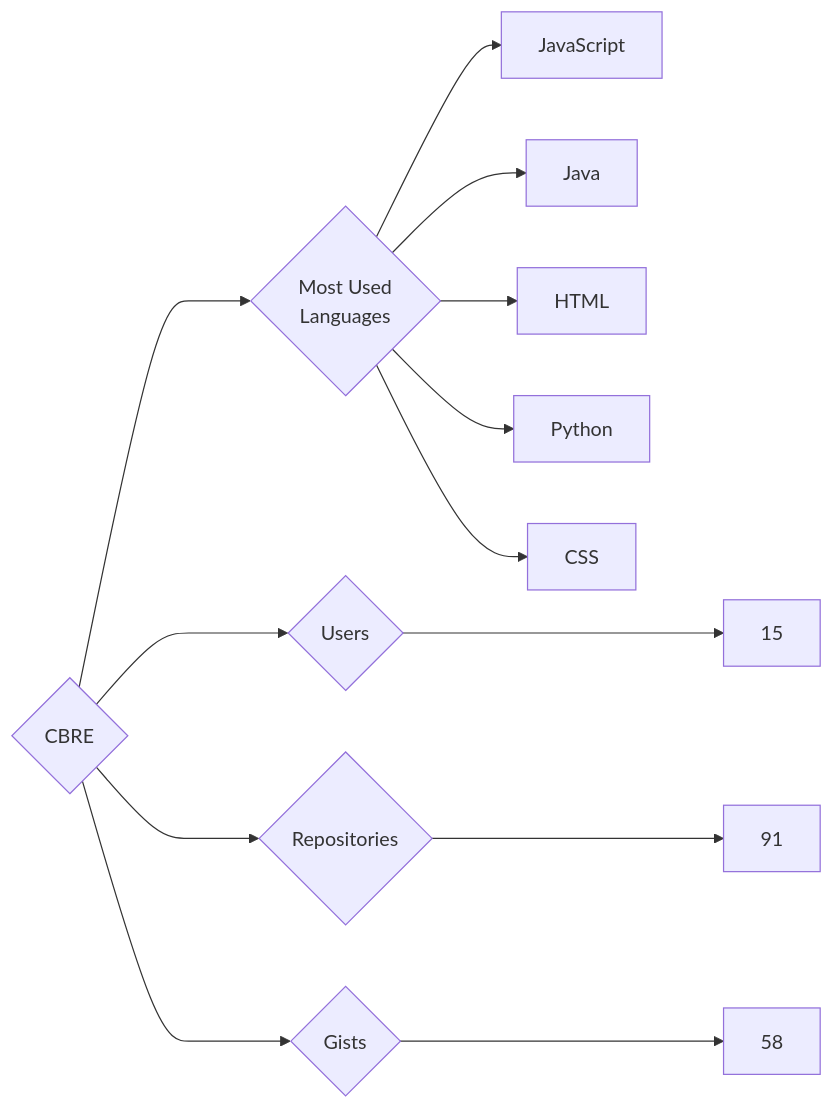
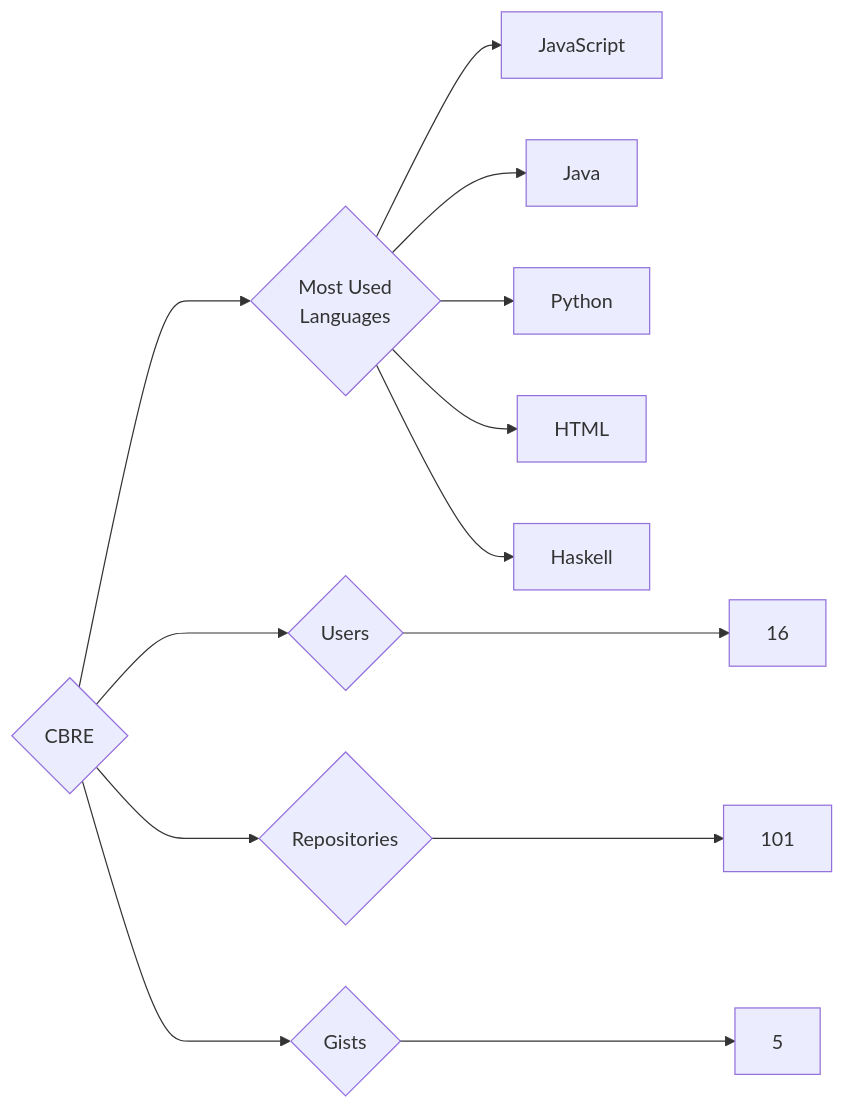
One commit to trickest/insiders changed the diagram in targets/CBRE/README.md. Above: the diagram before and after it, drawn with Mermaid. The commit also changed 777 other files, not shown here.

````diff
--- a/targets/CBRE/README.md
+++ b/targets/CBRE/README.md
@@ -3,13 +3,13 @@
 ```mermaid
 graph LR
 COMPANY_NAME{CBRE}
-COMPANY_NAME ---> U{Users} ---> UN[15]
-COMPANY_NAME ---> R{Repositories} ---> RN[91]
-COMPANY_NAME ---> G{Gists} ---> GN[58]
+COMPANY_NAME ---> U{Users} ---> UN[16]
+COMPANY_NAME ---> R{Repositories} ---> RN[101]
+COMPANY_NAME ---> G{Gists} ---> GN[5]
 COMPANY_NAME ---> ML{Most Used<br>Languages}
 ML --> JavaScript[JavaScript]
 ML --> Java[Java]
+ML --> Python[Python]
 ML --> HTML[HTML]
-ML --> Python[Python]
-ML --> CSS[CSS]
+ML --> Haskell[Haskell]
 ```
````
